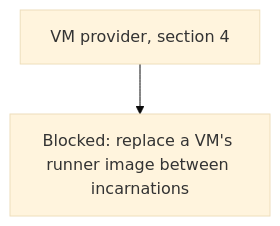
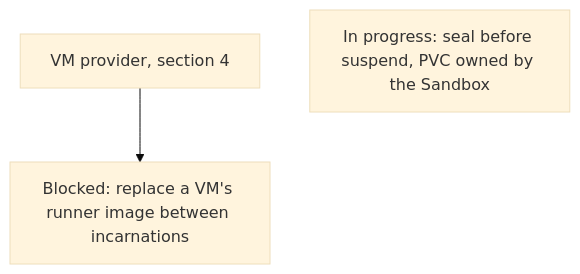
The tenth of 15 diagrams in agentplane/plans/task_dag.md (agentydragon-agent/ducktape), drawn with Mermaid (base theme) before and after one commit. The commit also changed other lines of this file, not shown here.

````diff
--- a/agentplane/plans/task_dag.md
+++ b/agentplane/plans/task_dag.md
@@ -662,4 +662,5 @@
 ```mermaid
 flowchart TD
     VM_PROVIDER[VM provider, section 4] --> SANDBOX_IMAGE_REPLACE[Blocked: replace a VM's runner image between incarnations]
+    SANDBOX_LIFECYCLE[In progress: seal before suspend, PVC owned by the Sandbox]
 ```
````
